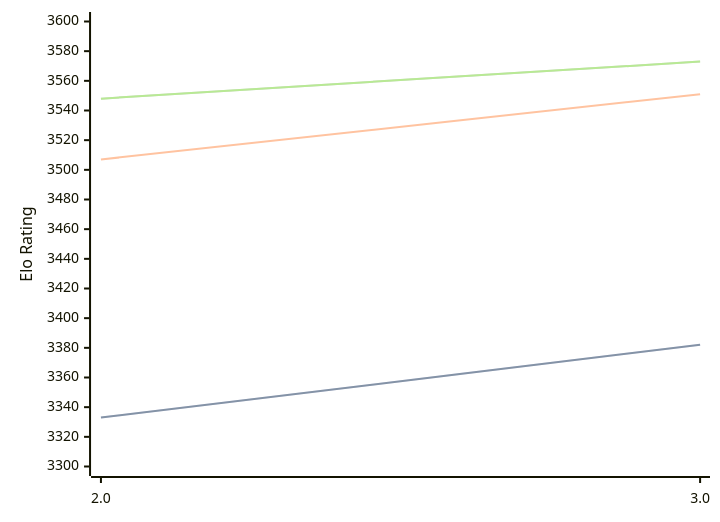
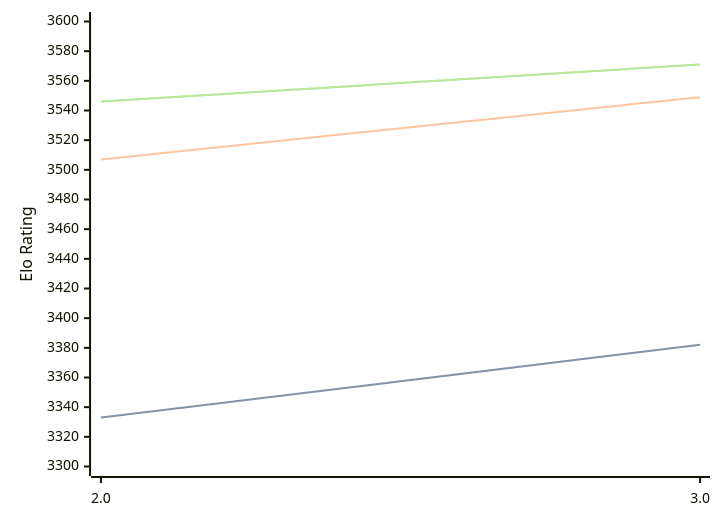
The diagram in engines/Quanticade.md (computer-chess-index/cci), drawn with Mermaid before and after one commit. The commit also changed other lines of this file, not shown here.

Commit message:
Update CCI Ratings (ELO VLTC) - 2026-03-11

````diff
--- a/engines/Quanticade.md
+++ b/engines/Quanticade.md
@@ -39,11 +39,11 @@
 ```mermaid
 %%{init: {"theme":"base","themeVariables":{"seriesColors:['#a3a3a3','#222221','#faa371']}}}%%
 xychart-beta
   x-axis ["2.0", "3.0"]
   y-axis "Elo Rating" 3300 --> 3600
   line "STC (8.0+0.08s)" [3333, 3382]
   line "STC (8.0+0.08s)" [3333, 3382]
-  line "LTC (60.0+0.60s)" [3507, 3551]
-  line "VLTC (2m24s+1.12s)" [3548, 3573]
-  line "VLTC (2m24s+1.12s)" [3548, 3573]
+  line "LTC (60.0+0.60s)" [3507, 3549]
+  line "VLTC (2m24s+1.12s)" [3546, 3571]
+  line "VLTC (2m24s+1.12s)" [3546, 3571]
 ```
````
